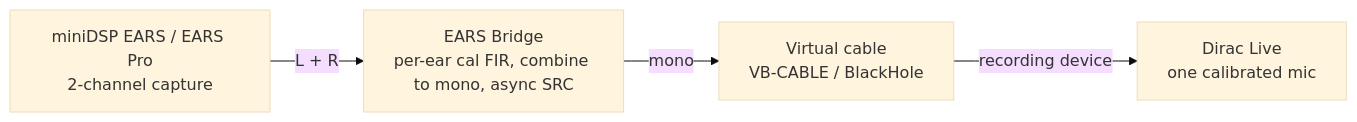
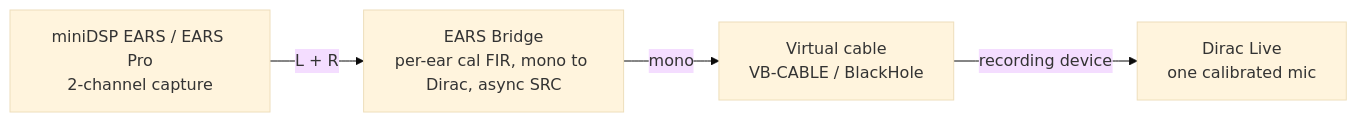
One commit to Elevatormusic/ears-bridge changed the diagram in README.md. Above: the diagram before and after it, drawn with Mermaid (base theme). The commit also changed other lines of this file and 8 other files, not shown here.

First line of the commit message:
Default + recommend AutoPerEar; accurate "mono" copy; auto-select devices

````diff
--- a/README.md
+++ b/README.md
@@ -21,6 +21,6 @@
 ```mermaid
 flowchart LR
-    A["miniDSP EARS / EARS Pro<br/>2-channel capture"] -->|L + R| B["EARS Bridge<br/>per-ear cal FIR, combine to mono, async SRC"]
+    A["miniDSP EARS / EARS Pro<br/>2-channel capture"] -->|L + R| B["EARS Bridge<br/>per-ear cal FIR, mono to Dirac, async SRC"]
     B -->|mono| C["Virtual cable<br/>VB-CABLE / BlackHole"]
     C -->|recording device| D["Dirac Live<br/>one calibrated mic"]
 ```
````
